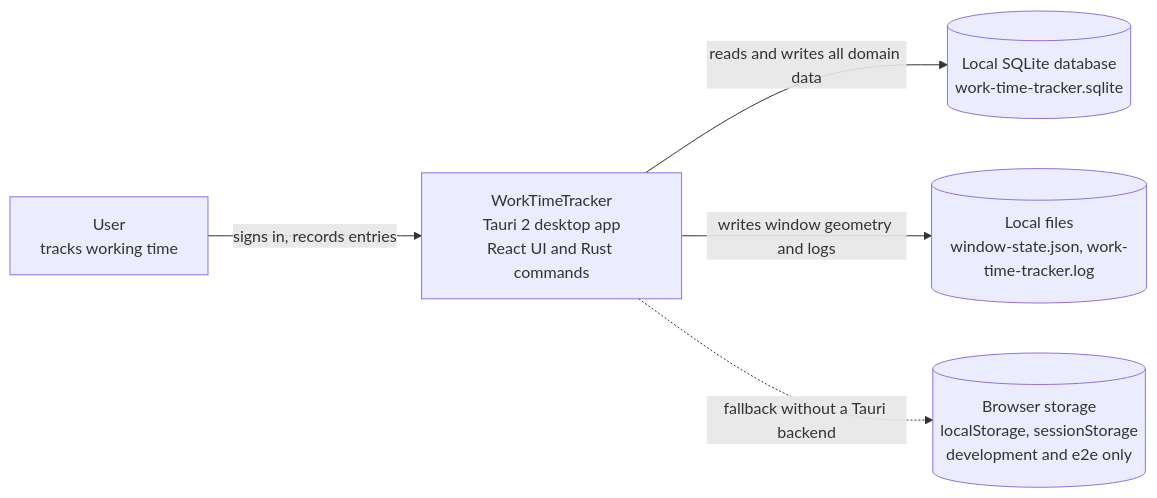
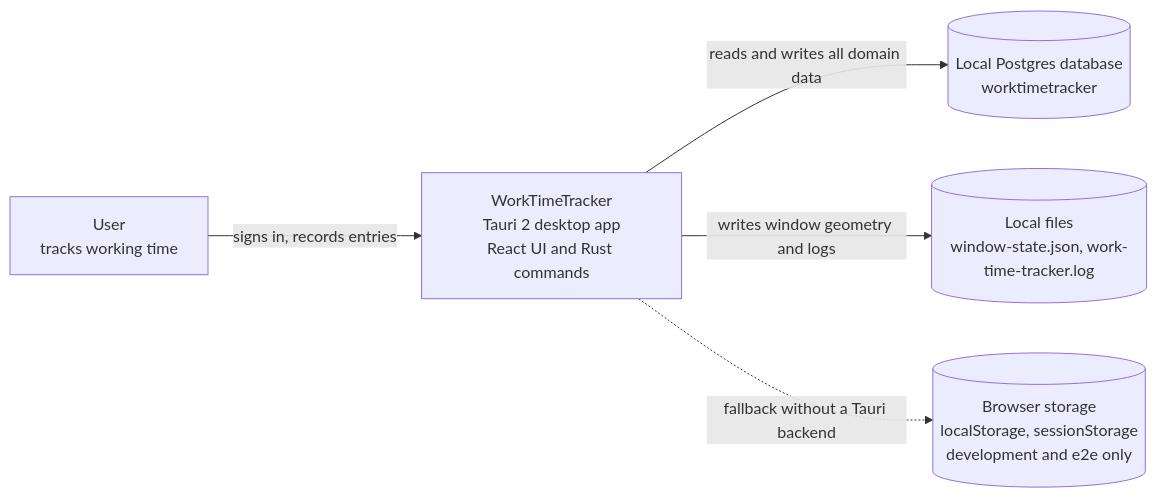
One commit to serious6/WorkTimeTracker changed the first of 3 diagrams in docs/data-model.md. Above: the diagram before and after it, drawn with Mermaid. The commit also changed other lines of this file and 129 other files, not shown here.

First line of the commit message:
Remove SQLite support and consolidate on Postgres (#41)

````diff
--- a/docs/data-model.md
+++ b/docs/data-model.md
@@ -19,13 +15,13 @@
 ```mermaid
 flowchart LR
   user["User<br/>tracks working time"]
   app["WorkTimeTracker<br/>Tauri 2 desktop app<br/>React UI and Rust commands"]
-  db[("Local SQLite database<br/>work-time-tracker.sqlite")]
+  db[("Local Postgres database<br/>worktimetracker")]
   files[("Local files<br/>window-state.json, work-time-tracker.log")]
   browser[("Browser storage<br/>localStorage, sessionStorage<br/>development and e2e only")]
 
   user -->|"signs in, records entries"| app
   app -->|"reads and writes all domain data"| db
   app -->|"writes window geometry and logs"| files
   app -.->|"fallback without a Tauri backend"| browser
 ```
````
